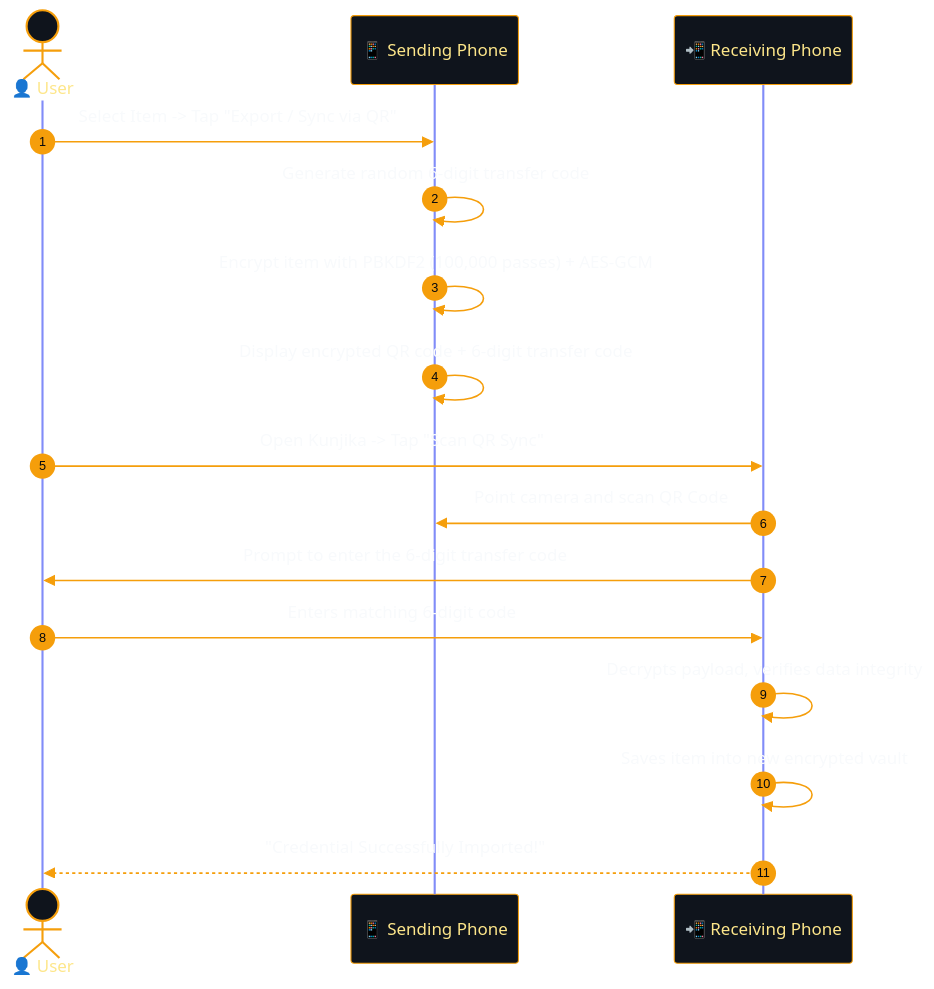
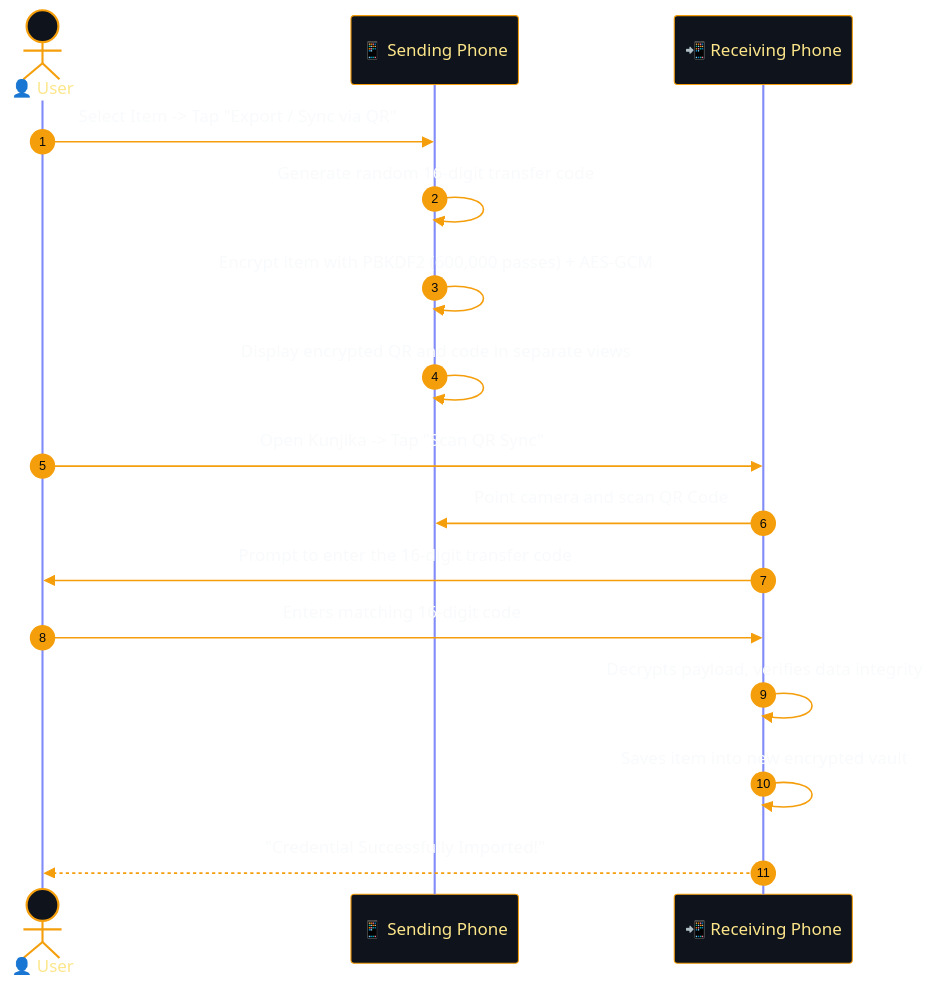
Before and after one commit to dwinsi/kunjika: the third of 5 diagrams in README.md, drawn with Mermaid. The commit also changed other lines of this file and 39 other files, not shown here.

````diff
--- a/README.md
+++ b/README.md
@@ -169,42 +172,42 @@
 ```mermaid
 %%{init: {
   'theme': 'base',
   'themeVariables': {
     'darkMode': true,
     'background': '#07090E',
     'actorBkg': '#0F141C',
     'actorBorder': '#F59E0B',
     'actorTextColor': '#FDE68A',
     'actorLineColor': '#818CF8',
     'signalColor': '#F59E0B',
     'signalTextColor': '#F8FAFC',
     'labelBoxBkgColor': '#0F141C',
     'labelBoxBorderColor': '#818CF8',
     'labelTextColor': '#F8FAFC',
     'loopTextColor': '#FDE68A',
     'noteBkgColor': '#1E1B4B',
     'noteBorderColor': '#818CF8',
     'noteTextColor': '#E0E7FF',
     'activationBorderColor': '#F59E0B',
     'activationBkgColor': '#131A26',
     'sequenceNumberColor': '#07090E'
   }
 }}%%
 sequenceDiagram
     autonumber
     actor User as 👤 User
     participant OldPhone as 📱 Sending Phone
     participant NewPhone as 📲 Receiving Phone
 
     User->>OldPhone: Select Item -> Tap "Export / Sync via QR"
-    OldPhone->>OldPhone: Generate random 6-digit transfer code
-    OldPhone->>OldPhone: Encrypt item with PBKDF2 (100,000 passes) + AES-GCM
-    OldPhone->>OldPhone: Display encrypted QR code + 6-digit transfer code
+    OldPhone->>OldPhone: Generate random 16-digit transfer code
+    OldPhone->>OldPhone: Encrypt item with PBKDF2 (600,000 passes) + AES-GCM
+    OldPhone->>OldPhone: Display encrypted QR and code in separate views
     User->>NewPhone: Open Kunjika -> Tap "Scan QR Sync"
     NewPhone->>OldPhone: Point camera and scan QR Code
-    NewPhone->>User: Prompt to enter the 6-digit transfer code
-    User->>NewPhone: Enters matching 6-digit code
+    NewPhone->>User: Prompt to enter the 16-digit transfer code
+    User->>NewPhone: Enters matching 16-digit code
     NewPhone->>NewPhone: Decrypts payload, verifies data integrity
     NewPhone->>NewPhone: Saves item into new encrypted vault
     NewPhone-->>User: "Credential Successfully Imported!"
 ```
````
